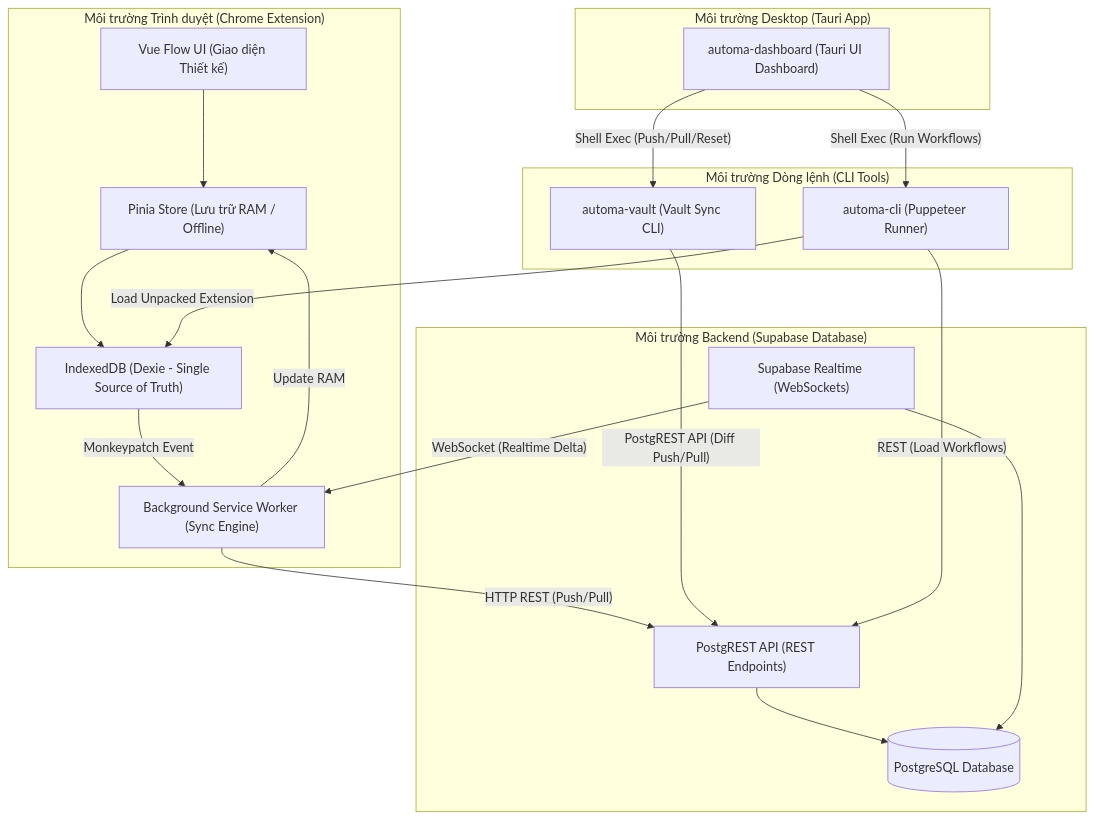
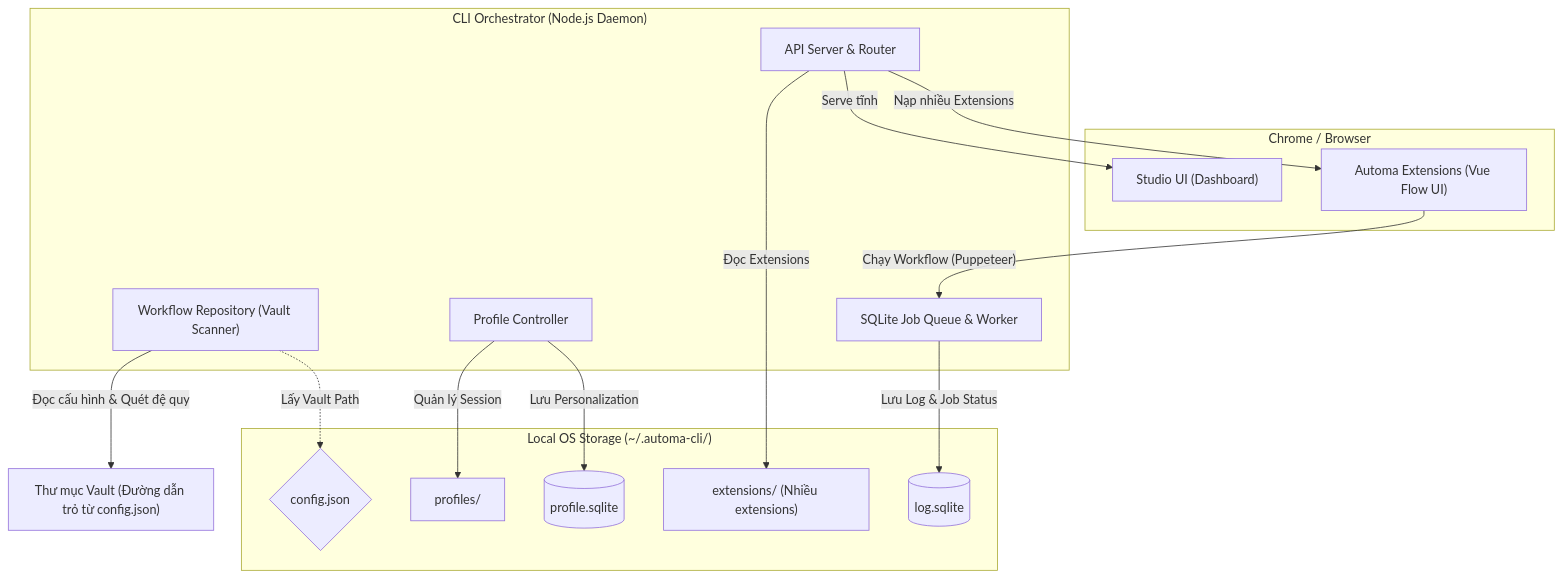
Before and after one commit to tuquet/automa: the diagram in README.md, drawn with Mermaid. The commit also changed other lines of this file and 2 other files, not shown here.

````diff
--- a/README.md
+++ b/README.md
@@ -38,49 +40,37 @@
 ```mermaid
 graph TD
-    subgraph Browser ["Môi trường Trình duyệt (Chrome Extension)"]
-        ex_ui["Vue Flow UI (Giao diện Thiết kế)"]
-        ex_store["Pinia Store (Lưu trữ RAM / Offline)"]
-        ex_idb["IndexedDB (Dexie - Single Source of Truth)"]
-        ex_sw["Background Service Worker (Sync Engine)"]
+    subgraph Browser ["Chrome / Browser"]
+        ex_ui["Automa Extensions (Vue Flow UI)"]
+        studio_client["Studio UI (Dashboard)"]
     end
 
-    subgraph Desktop ["Môi trường Desktop (Tauri App)"]
-        tauri_app["automa-dashboard (Tauri UI Dashboard)"]
+    subgraph Core ["CLI Orchestrator (Node.js Daemon)"]
+        cli_server["API Server & Router"]
+        cli_repo["Workflow Repository (Vault Scanner)"]
+        cli_profile["Profile Controller"]
+        cli_queue["SQLite Job Queue & Worker"]
     end
 
-    subgraph CLI ["Môi trường Dòng lệnh (CLI Tools)"]
-        vault_cli["automa-vault (Vault Sync CLI)"]
-        run_cli["automa-cli (Puppeteer Runner)"]
+    subgraph Storage ["Local OS Storage (~/.automa-cli/)"]
+        config_json{"config.json"}
+        extensions_dir["extensions/ (Nhiều extensions)"]
+        profiles_dir["profiles/"]
+        db_profile[("profile.sqlite")]
+        db_log[("log.sqlite")]
     end
+    
+    vault_dir["Thư mục Vault (Đường dẫn trỏ từ config.json)"]
 
-    subgraph Backend ["Môi trường Backend (Supabase Database)"]
-        sb_rest["PostgREST API (REST Endpoints)"]
-        sb_db[("PostgreSQL Database")]
-        sb_realtime["Supabase Realtime (WebSockets)"]
-    end
-
-    %% Extension internal communication
-    ex_ui --> ex_store
-    ex_store --> ex_idb
-    ex_idb -- "Monkeypatch Event" --> ex_sw
-    ex_sw -- "Update RAM" --> ex_store
-
-    %% Extension to Backend
-    ex_sw -- "HTTP REST (Push/Pull)" --> sb_rest
-    sb_realtime -- "WebSocket (Realtime Delta)" --> ex_sw
-
-    %% Vault & CLI Runner to Backend
-    vault_cli -- "PostgREST API (Diff Push/Pull)" --> sb_rest
-    run_cli -- "REST (Load Workflows)" --> sb_rest
+    %% CLI Functions
+    cli_repo -- "Đọc cấu hình & Quét đệ quy" --> vault_dir
+    cli_repo -. "Lấy Vault Path" .-> config_json
+    cli_server -- "Đọc Extensions" --> extensions_dir
+    cli_profile -- "Quản lý Session" --> profiles_dir
+    cli_profile -- "Lưu Personalization" --> db_profile
+    cli_queue -- "Lưu Log & Job Status" --> db_log
     
-    %% CLI Runner to Extension Build
-    run_cli -- "Load Unpacked Extension" --> ex_idb
-
-    %% Tauri to Vault / CLI / Supabase CLI
-    tauri_app -- "Shell Exec (Push/Pull/Reset)" --> vault_cli
-    tauri_app -- "Shell Exec (Run Workflows)" --> run_cli
-    
-    %% API Mapping
-    sb_rest --> sb_db
-    sb_realtime --> sb_db
+    %% Interactions
+    cli_server -- "Serve tĩnh" --> studio_client
+    cli_server -- "Nạp nhiều Extensions" --> ex_ui
+    ex_ui -- "Chạy Workflow (Puppeteer)" --> cli_queue
 ```
````
